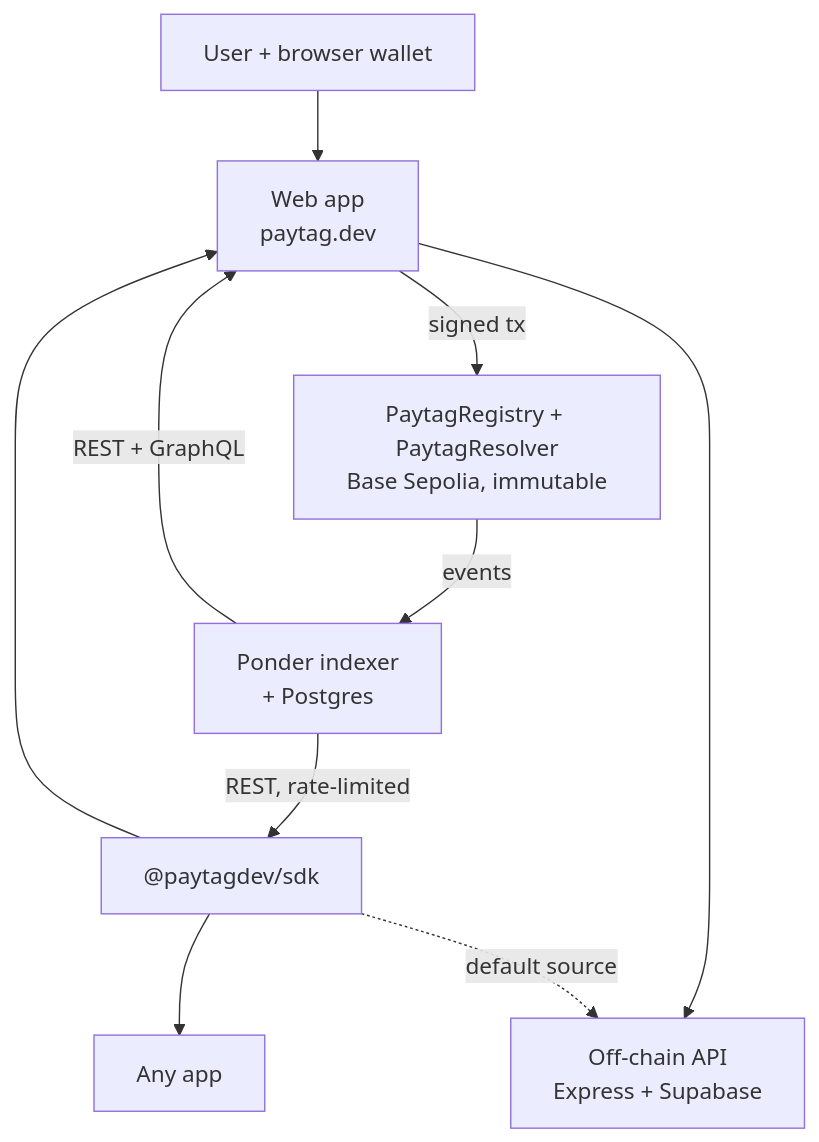
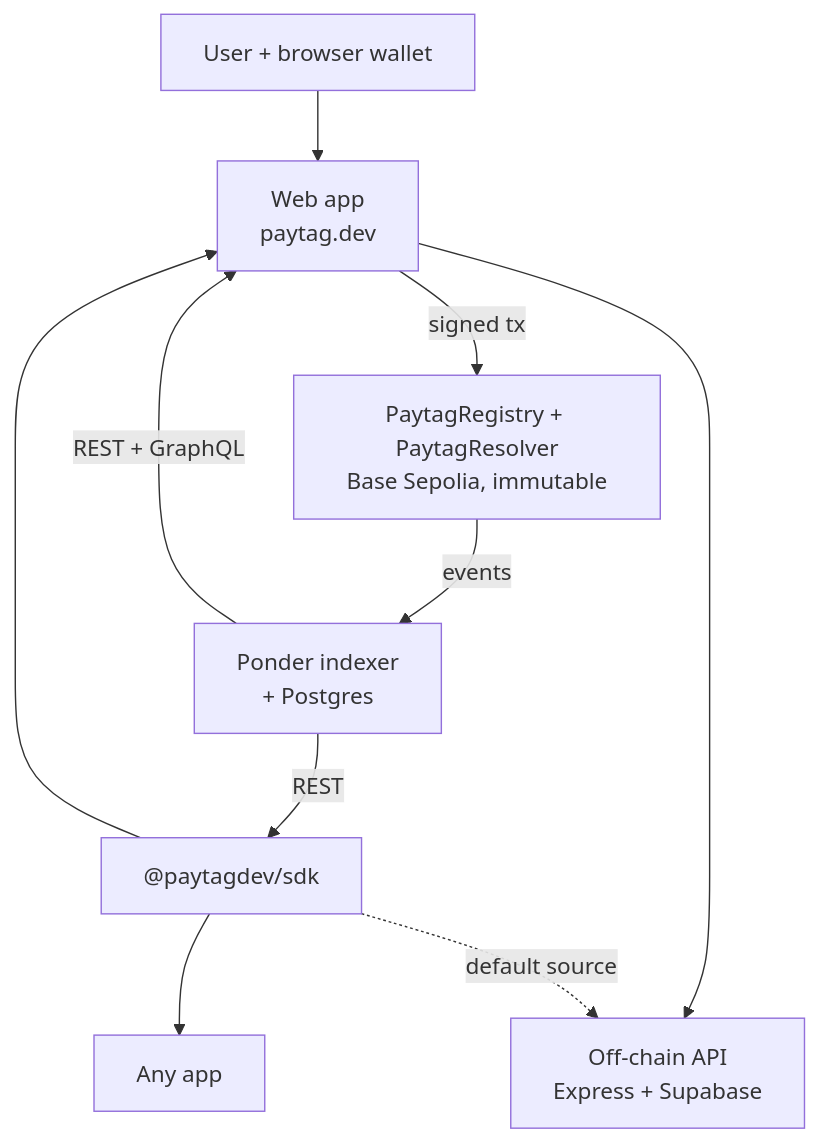
Before and after one commit to ansah25/paytag: the first of 2 diagrams in README.md, drawn with Mermaid. The commit also changed other lines of this file, not shown here.

Commit message:
Note the indexer's rate limit once, for every caller

````diff
--- a/README.md
+++ b/README.md
@@ -41,12 +41,12 @@
 ```mermaid
 flowchart TD
   U["User + browser wallet"] --> W["Web app<br/>paytag.dev"]
   W -->|"signed tx"| C["PaytagRegistry + PaytagResolver<br/>Base Sepolia, immutable"]
   C -->|"events"| I["Ponder indexer<br/>+ Postgres"]
-  I -->|"REST, rate-limited"| S["@paytagdev/sdk"]
+  I -->|"REST"| S["@paytagdev/sdk"]
   I -->|"REST + GraphQL"| W
   S --> W
   S --> X["Any app"]
   W --> O["Off-chain API<br/>Express + Supabase"]
   S -.->|"default source"| O
 ```
````
